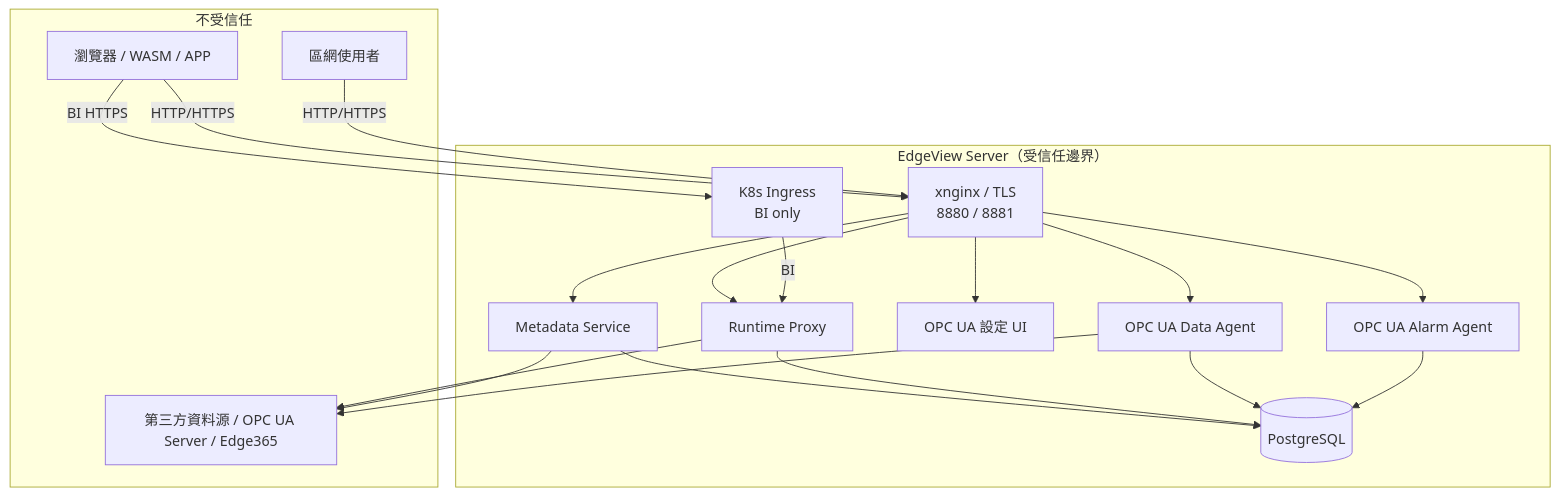
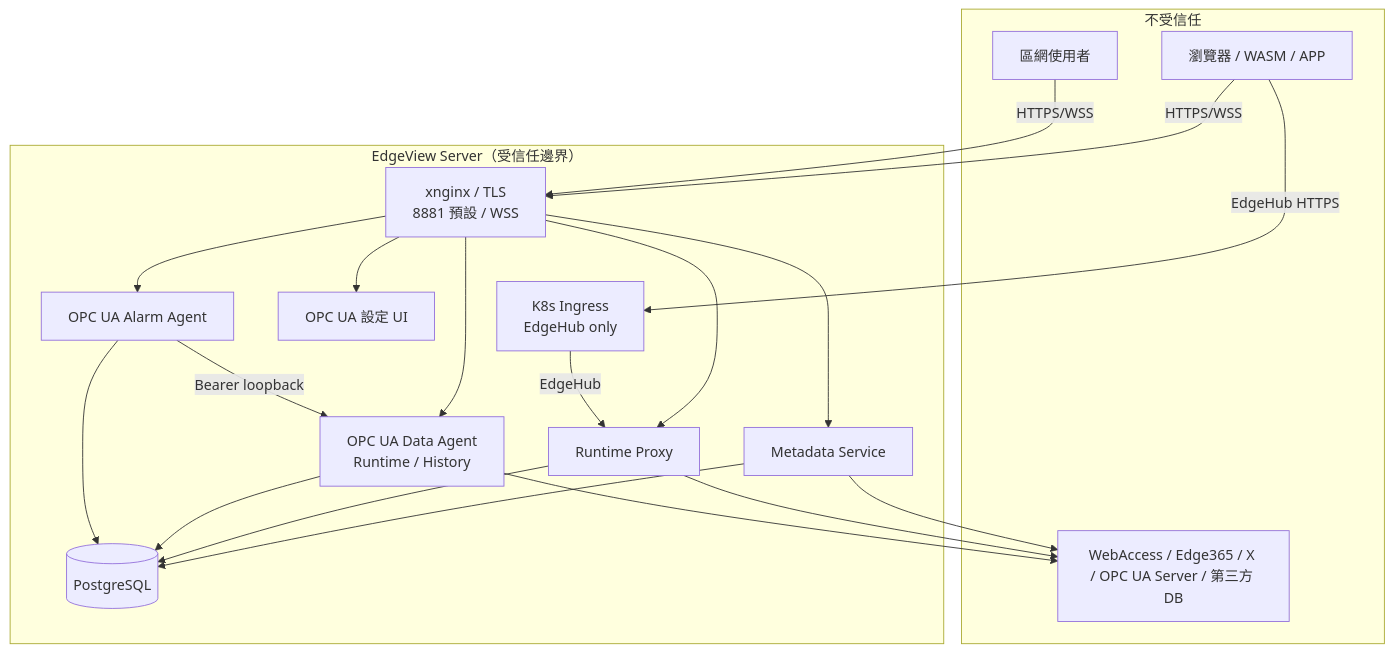
The second of 2 diagrams in CRA/CRA-01_Threat_Modeling.md (PochengChen-del/EdgeViewDoc), drawn with Mermaid before and after one commit. The commit also changed other lines of this file and 4 other files, not shown here.

````diff
--- a/CRA/CRA-01_Threat_Modeling.md
+++ b/CRA/CRA-01_Threat_Modeling.md
@@ -148,34 +149,35 @@
 ```mermaid
 flowchart TB
     subgraph Untrusted["不受信任"]
         Browser[瀏覽器 / WASM / APP]
         LAN[區網使用者]
-        Ext[第三方資料源 / OPC UA Server / Edge365]
+        Ext[WebAccess / Edge365 / X / OPC UA Server / 第三方 DB]
     end
     subgraph Edge["EdgeView Server（受信任邊界）"]
-        NG[xnginx / TLS<br/>8880 / 8881]
-        Ingress[K8s Ingress<br/>BI only]
+        NG[xnginx / TLS<br/>8881 預設 / WSS]
+        Ingress[K8s Ingress<br/>EdgeHub only]
         Meta[Metadata Service]
         Proxy[Runtime Proxy]
         UI[OPC UA 設定 UI]
-        Data[OPC UA Data Agent]
+        Data[OPC UA Data Agent<br/>Runtime / History]
         Alarm[OPC UA Alarm Agent]
         DB[(PostgreSQL)]
     end
-    Browser -->|HTTP/HTTPS| NG
-    LAN -->|HTTP/HTTPS| NG
-    Browser -->|BI HTTPS| Ingress
+    Browser -->|HTTPS/WSS| NG
+    LAN -->|HTTPS/WSS| NG
+    Browser -->|EdgeHub HTTPS| Ingress
     NG --> Meta
     NG --> Proxy
     NG --> UI
     NG --> Data
     NG --> Alarm
-    Ingress -->|BI| Proxy
+    Ingress -->|EdgeHub| Proxy
     Meta --> DB
     Proxy --> DB
     Data --> DB
     Alarm --> DB
+    Meta --> Ext
     Proxy --> Ext
-    Meta --> Ext
     Data --> Ext
+    Alarm -->|Bearer loopback| Data
 ```
````
